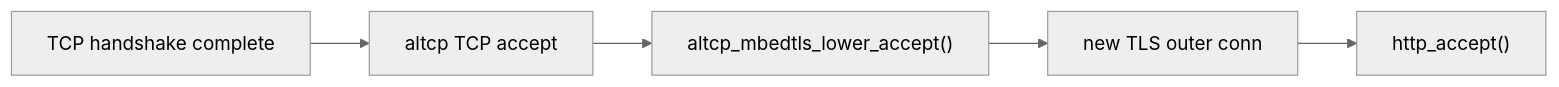
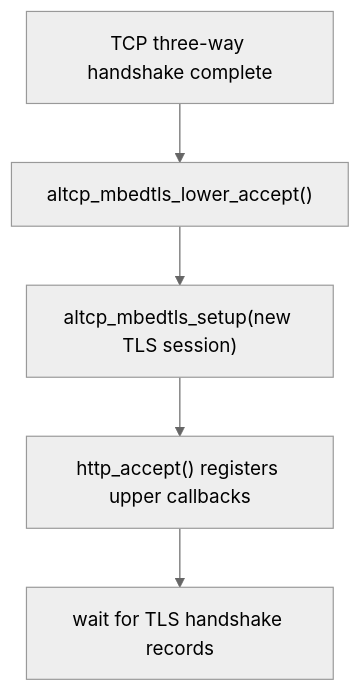
One commit to wdfk-prog/lwIP-Source-Lab changed the fourth of 8 diagrams in docs/33-altcp-tls-https.md. Above: the diagram before and after it, drawn with Mermaid (neutral theme). The commit also changed other lines of this file and 49 other files, not shown here.

````diff
--- a/docs/33-altcp-tls-https.md
+++ b/docs/33-altcp-tls-https.md
@@ -105,7 +467,7 @@
 ```mermaid
-flowchart LR
-    A["TCP handshake complete"] --> B["altcp TCP accept"]
-    B --> C["altcp_mbedtls_lower_accept()"]
-    C --> D["new TLS outer conn"]
-    D --> E["http_accept()"]
+flowchart TD
+    A["TCP three-way handshake complete"] --> B["altcp_mbedtls_lower_accept()"]
+    B --> C["altcp_mbedtls_setup(new TLS session)"]
+    C --> D["http_accept() registers upper callbacks"]
+    D --> E["wait for TLS handshake records"]
 ```
````
